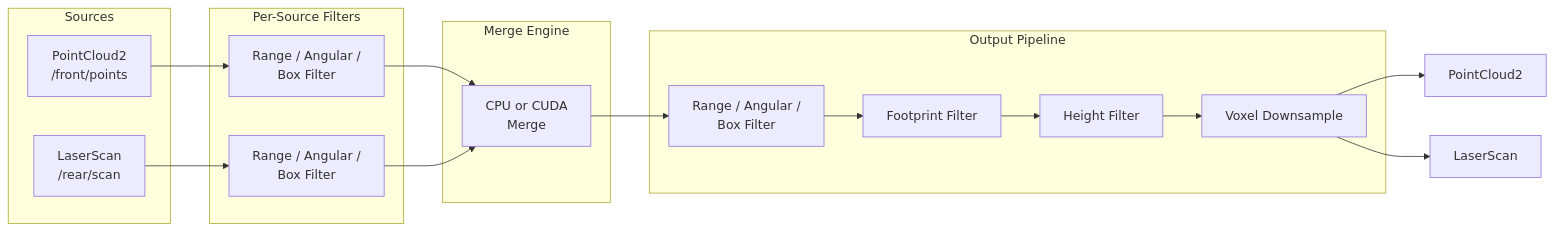
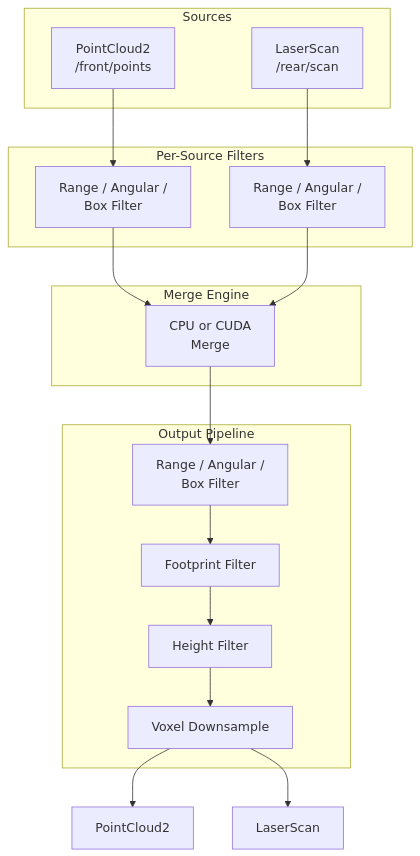
One commit to polka-ros/polka-ros.github.io changed the fourth of 4 diagrams in docs-src/pipeline.md. Above: the diagram before and after it, drawn with Mermaid. The commit also changed other lines of this file and 1 other file, not shown here.

Commit message:
Render mermaid diagrams; vertical stages chart; drop doc/ from file tree

````diff
--- a/docs-src/pipeline.md
+++ b/docs-src/pipeline.md
@@ -75,29 +75,29 @@
 ```mermaid
-graph LR
+graph TB
     subgraph Sources
         PC[PointCloud2<br/>/front/points]
         LS[LaserScan<br/>/rear/scan]
     end
 
     subgraph Per-Source Filters
         PF1[Range / Angular /<br/>Box Filter]
         PF2[Range / Angular /<br/>Box Filter]
     end
 
     subgraph Merge Engine
         ME[CPU or CUDA<br/>Merge]
     end
 
     subgraph Output Pipeline
         OF[Range / Angular /<br/>Box Filter]
         FF[Footprint Filter]
         HF[Height Filter]
         VX[Voxel Downsample]
     end
 
     PC --> PF1 --> ME
     LS --> PF2 --> ME
     ME --> OF --> FF --> HF --> VX
     VX --> OUT_PC[PointCloud2]
     VX --> OUT_LS[LaserScan]
 ```
````
